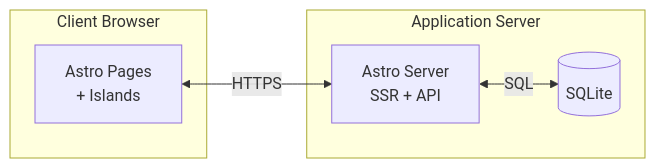
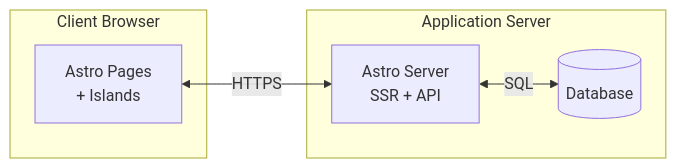
One commit to JensWinter/mse-radar changed the second of 14 diagrams in docs/architecture_vision.md. Above: the diagram before and after it, drawn with Mermaid. The commit also changed other lines of this file and 5 other files, not shown here.

Commit message:
docs: update database references from SQLite to PostgreSQL

````diff
--- a/docs/architecture_vision.md
+++ b/docs/architecture_vision.md
@@ -138,14 +138,14 @@
 ```mermaid
 flowchart LR
     subgraph Client["Client Browser"]
         UI[Astro Pages<br/>+ Islands]
     end
     
     subgraph Server["Application Server"]
         ASTRO[Astro Server<br/>SSR + API]
-        DB[(SQLite)]
+        DB[(Database)]
     end
     
     UI <-->|"HTTPS"| ASTRO
     ASTRO <-->|"SQL"| DB
 ```
````
